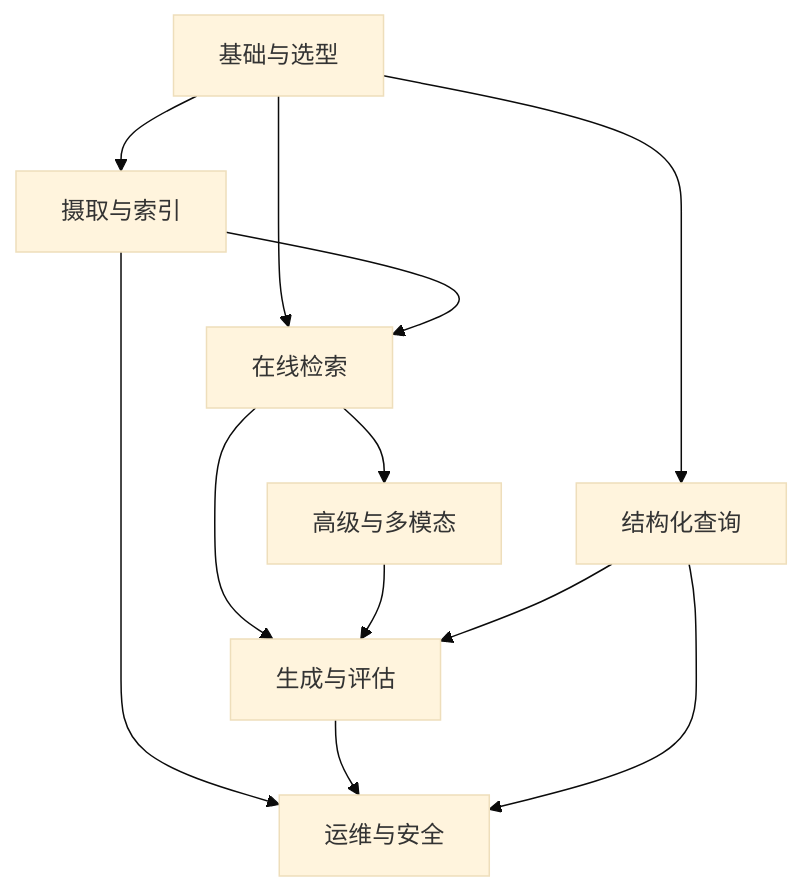
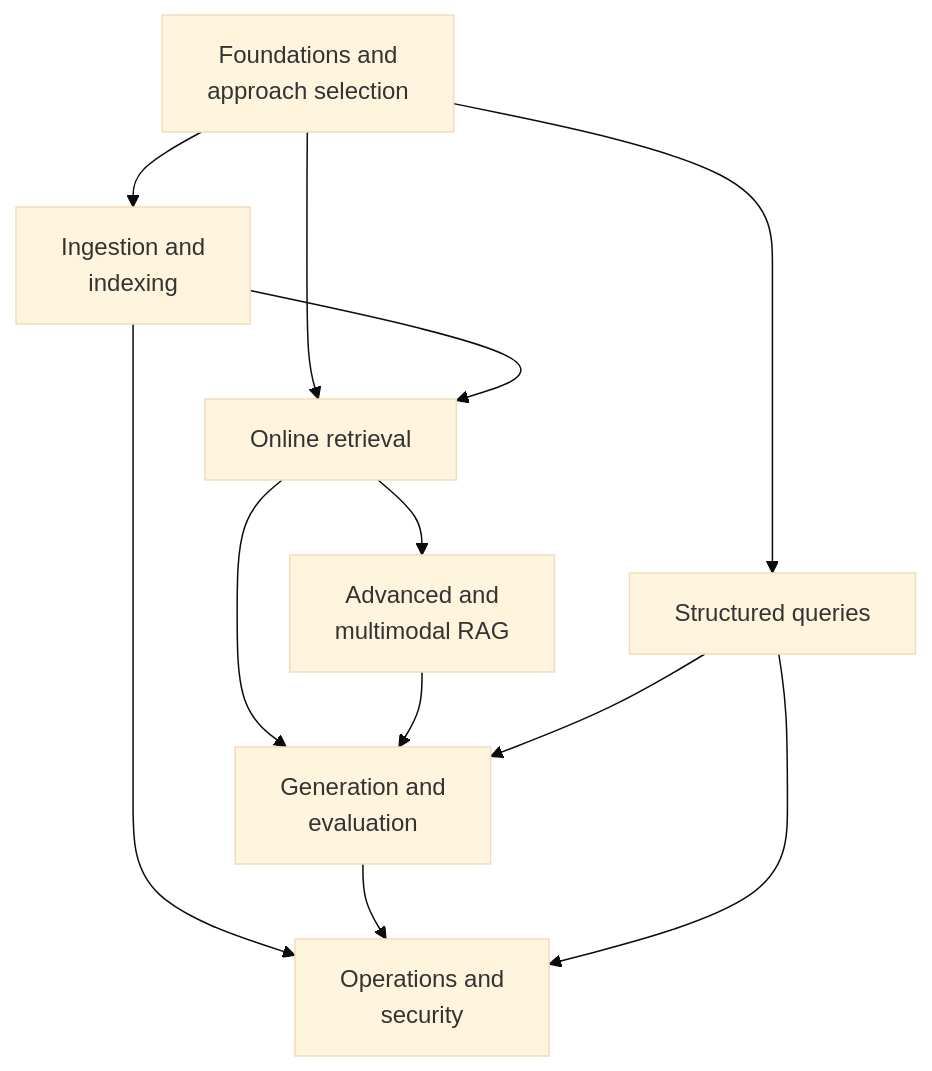
One commit to oneleaveknowsthefall/awesome-ai-roadmap changed the diagram in docs/rag/README.md. Above: the diagram before and after it, drawn with Mermaid (base theme). The commit also changed other lines of this file and 60 other files, not shown here.

````diff
--- a/docs/rag/README.md
+++ b/docs/rag/README.md
@@ -23,14 +23,14 @@
 ```mermaid
 flowchart TB
-    F[基础与选型] --> I[摄取与索引]
-    F --> R[在线检索]
+    F["Foundations and<br/>approach selection"] --> I["Ingestion and<br/>indexing"]
+    F --> R[Online retrieval]
     I --> R
-    R --> A[高级与多模态]
-    R --> G[生成与评估]
+    R --> A["Advanced and<br/>multimodal RAG"]
+    R --> G["Generation and<br/>evaluation"]
     A --> G
-    I --> O[运维与安全]
+    I --> O["Operations and<br/>security"]
     G --> O
-    F --> S[结构化查询]
+    F --> S[Structured queries]
     S --> G
     S --> O
 ```
````
